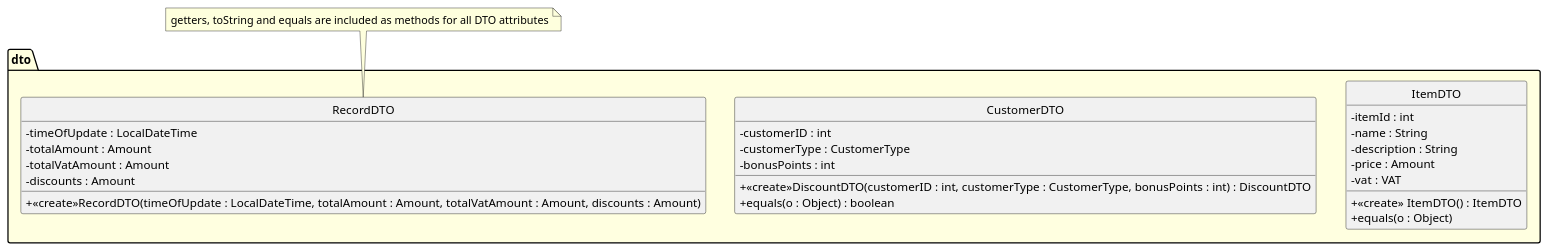
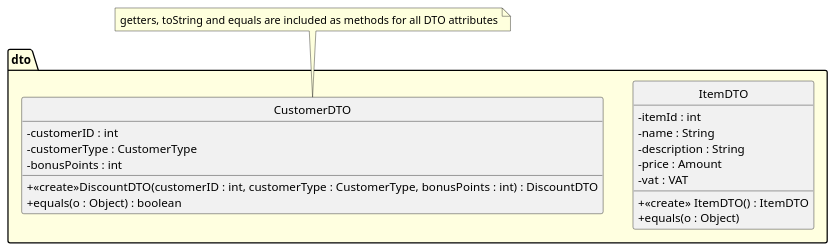
Before and after one commit to VincentFerrigan/kth-iv1350-object-oriented-design: the second of 11 diagrams in uml/uml_v3.puml, drawn with PlantUML. The commit also changed other lines of this file, not shown here.

```diff
--- a/uml/uml_v3.puml
+++ b/uml/uml_v3.puml
@@ -493,39 +492,32 @@
 @startuml
 'title DTO
 ' //TODO Ska vi ha en customerDTO och customerDb?
 ' //TODO Ska DTO:erna flyttas till CD?
 hide circle
 skinparam ClassAttributeIconSize 0
 skinparam linetype ortho
 skinparam package {
     BackgroundColor LightYellow
 }
     package dto {
         class ItemDTO{
             - itemId : int
             - name : String
             - description : String
             - price : Amount
             - vat : VAT
             +<<create>> ItemDTO() : ItemDTO
             + equals(o : Object)
         }
         class CustomerDTO{
 '            // TODO ska discount finnas med i SaleDTO?
             - customerID : int
             - customerType : CustomerType
             - bonusPoints : int
             +<<create>>DiscountDTO(customerID : int, customerType : CustomerType, bonusPoints : int) : DiscountDTO
             + equals(o : Object) : boolean
 '        note bottom : Attributes TBD based on Discount Rules.
         }
-        class RecordDTO{
-        - timeOfUpdate : LocalDateTime
-        - totalAmount : Amount
-        - totalVatAmount : Amount
-        - discounts : Amount
-        +<<create>>RecordDTO(timeOfUpdate : LocalDateTime, totalAmount : Amount, totalVatAmount : Amount, discounts : Amount)
-        }
     }
 note top: getters, toString and equals are included as methods for all DTO attributes
 @enduml
```
